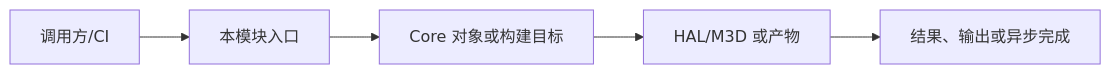
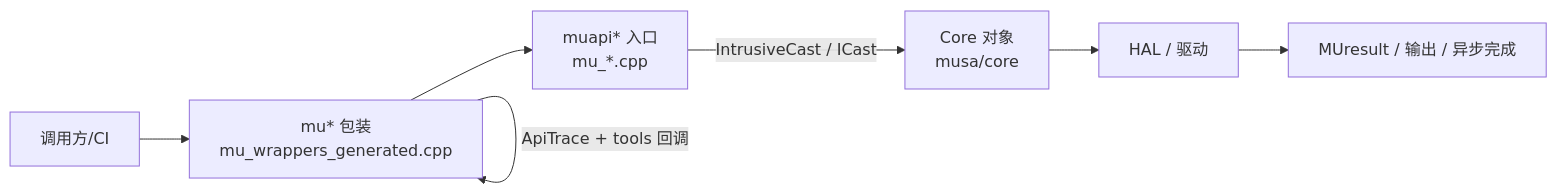
One commit to visionarywind/Projects changed the first of 3 diagrams in musa/01-modules/M02-driver-api/diagrams.md. Above: the diagram before and after it, drawn with Mermaid. The commit also changed other lines of this file and 388 other files, not shown here.

````diff
--- a/musa/01-modules/M02-driver-api/diagrams.md
+++ b/musa/01-modules/M02-driver-api/diagrams.md
@@ -5,7 +14,9 @@
 ```mermaid
 flowchart LR
- U[调用方/CI] --> I[本模块入口]
- I --> O[Core 对象或构建目标]
- O --> H[HAL/M3D 或产物]
- H --> R[结果、输出或异步完成]
+  U[调用方/CI] --> W[mu* 包装<br/>mu_wrappers_generated.cpp]
+  W -->|ApiTrace + tools 回调| W
+  W --> E[muapi* 入口<br/>mu_*.cpp]
+  E -->|IntrusiveCast / ICast| C[Core 对象<br/>musa/core]
+  C --> H[HAL / 驱动]
+  H --> R[MUresult / 输出 / 异步完成]
 ```
````
